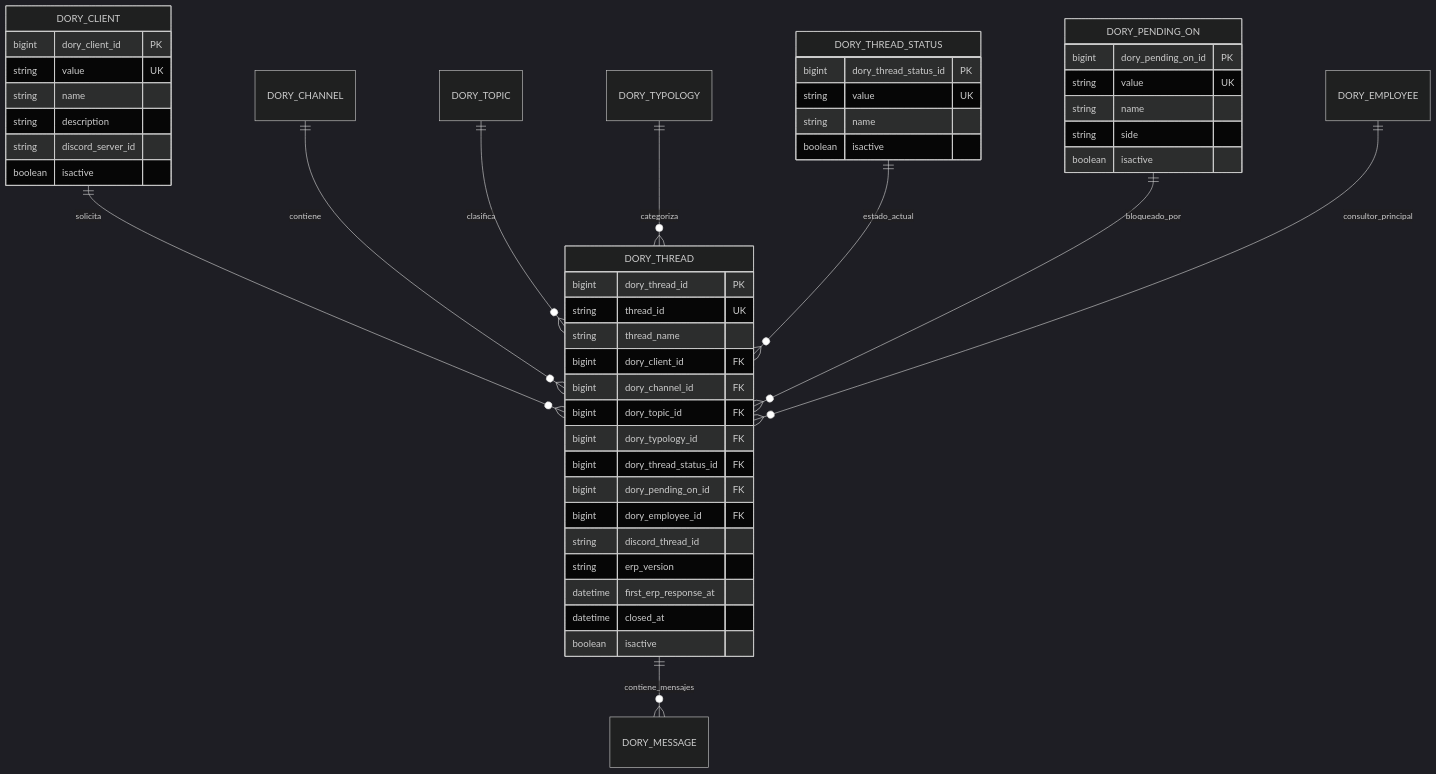
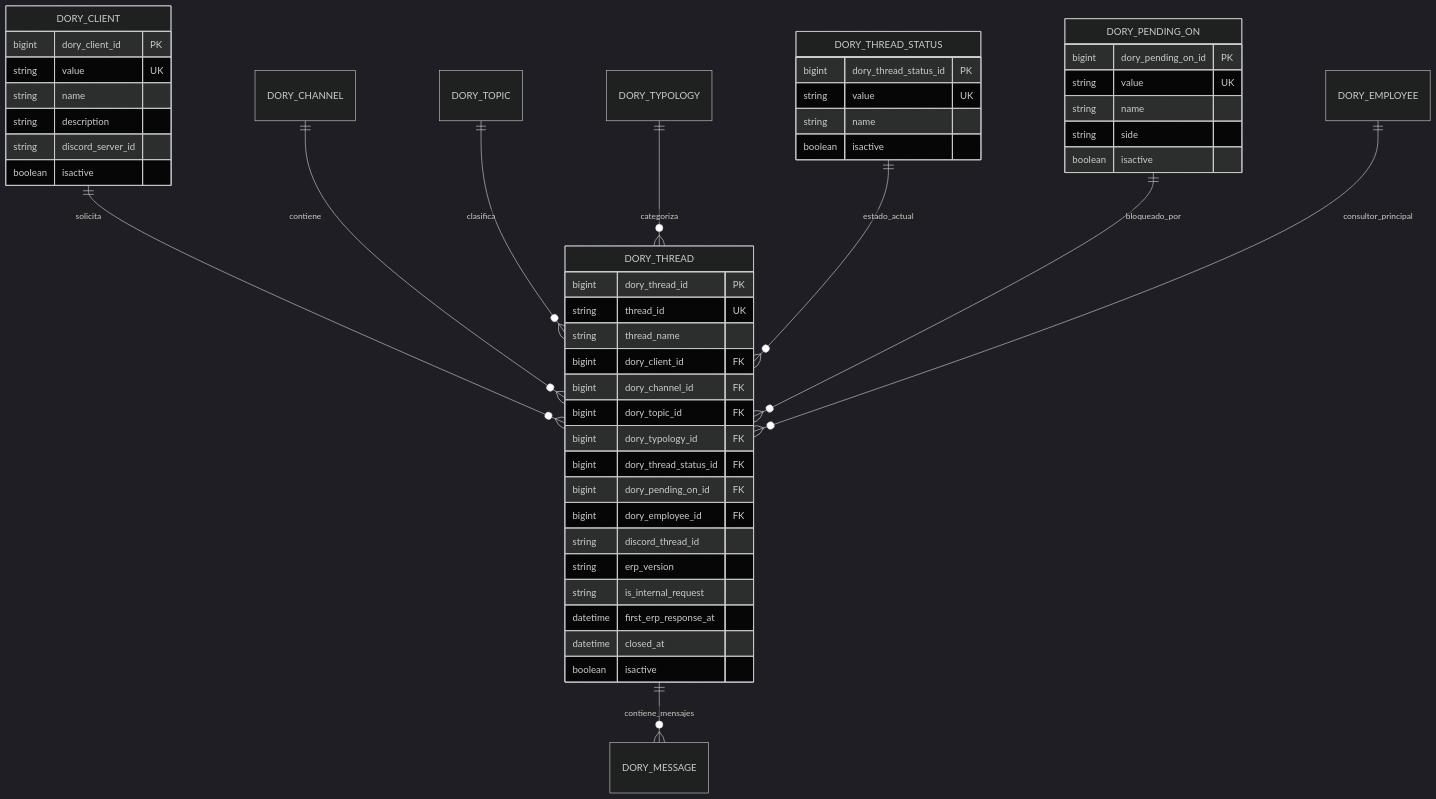
Before and after one commit to jesusalbujas/CONTROL-PST: the third of 6 diagrams in docs/database/README.md, drawn with Mermaid (dark theme). The commit also changed other lines of this file and 1 other file, not shown here.

Commit message:
Enhance database documentation with new internal request field and detailed business rules for ERP Consultores

````diff
--- a/docs/database/README.md
+++ b/docs/database/README.md
@@ -133,53 +133,54 @@
 ```mermaid
 erDiagram
     DORY_CLIENT ||--o{ DORY_THREAD : solicita
     DORY_CHANNEL ||--o{ DORY_THREAD : contiene
     DORY_TOPIC ||--o{ DORY_THREAD : clasifica
     DORY_TYPOLOGY ||--o{ DORY_THREAD : categoriza
     DORY_THREAD_STATUS ||--o{ DORY_THREAD : estado_actual
     DORY_PENDING_ON ||--o{ DORY_THREAD : bloqueado_por
     DORY_EMPLOYEE ||--o{ DORY_THREAD : consultor_principal
     DORY_THREAD ||--o{ DORY_MESSAGE : contiene_mensajes
 
     DORY_THREAD {
         bigint dory_thread_id PK
         string thread_id UK
         string thread_name
         bigint dory_client_id FK
         bigint dory_channel_id FK
         bigint dory_topic_id FK
         bigint dory_typology_id FK
         bigint dory_thread_status_id FK
         bigint dory_pending_on_id FK
         bigint dory_employee_id FK
         string discord_thread_id
         string erp_version
+        string is_internal_request
         datetime first_erp_response_at
         datetime closed_at
         boolean isactive
     }
 
     DORY_CLIENT {
         bigint dory_client_id PK
         string value UK
         string name
         string description
         string discord_server_id
         boolean isactive
     }
 
     DORY_THREAD_STATUS {
         bigint dory_thread_status_id PK
         string value UK
         string name
         boolean isactive
     }
 
     DORY_PENDING_ON {
         bigint dory_pending_on_id PK
         string value UK
         string name
         string side
         boolean isactive
     }
 ```
````
